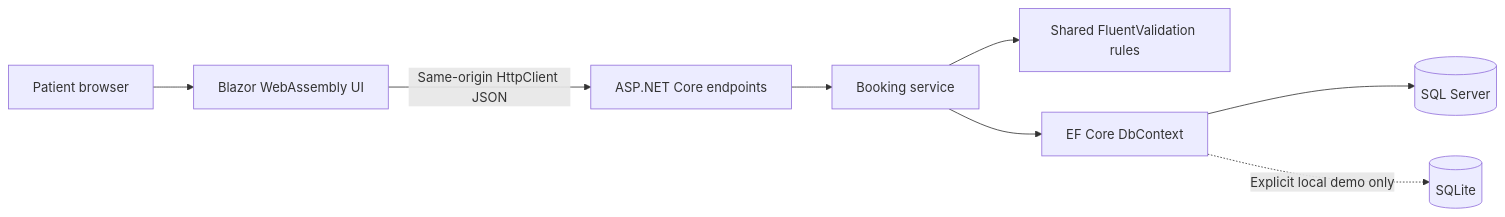
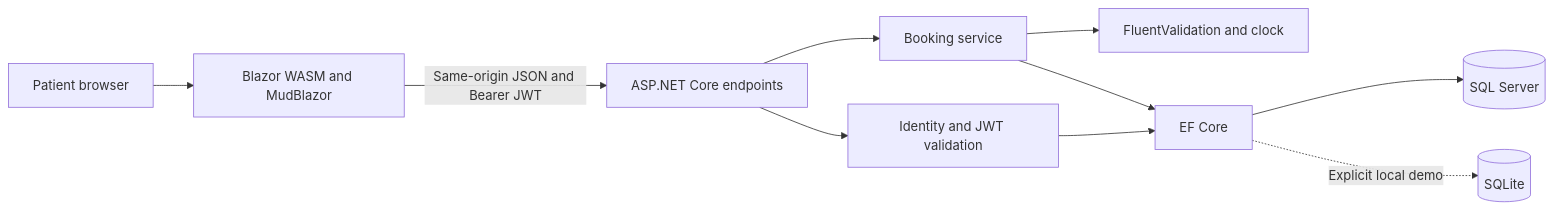
Before and after one commit to mabuselamelboure-arch/PHCIS-Clinic-Booking-System: the first of 3 diagrams in docs/Design.md, drawn with Mermaid. The commit also changed other lines of this file and 21 other files, not shown here.

````diff
--- a/docs/Design.md
+++ b/docs/Design.md
@@ -7,10 +7,12 @@
 ```mermaid
 flowchart LR
-    Patient[Patient browser] --> Client[Blazor WebAssembly UI]
-    Client -->|Same-origin HttpClient JSON| API[ASP.NET Core endpoints]
+    Browser[Patient browser] --> Client[Blazor WASM and MudBlazor]
+    Client -->|Same-origin JSON and Bearer JWT| API[ASP.NET Core endpoints]
+    API --> Identity[Identity and JWT validation]
     API --> Service[Booking service]
-    Service --> Validation[Shared FluentValidation rules]
-    Service --> EF[EF Core DbContext]
+    Service --> Rules[FluentValidation and clock]
+    Service --> EF[EF Core]
+    Identity --> EF
     EF --> SQL[(SQL Server)]
-    EF -. Explicit local demo only .-> Demo[(SQLite)]
+    EF -. Explicit local demo .-> SQLite[(SQLite)]
 ```
````
